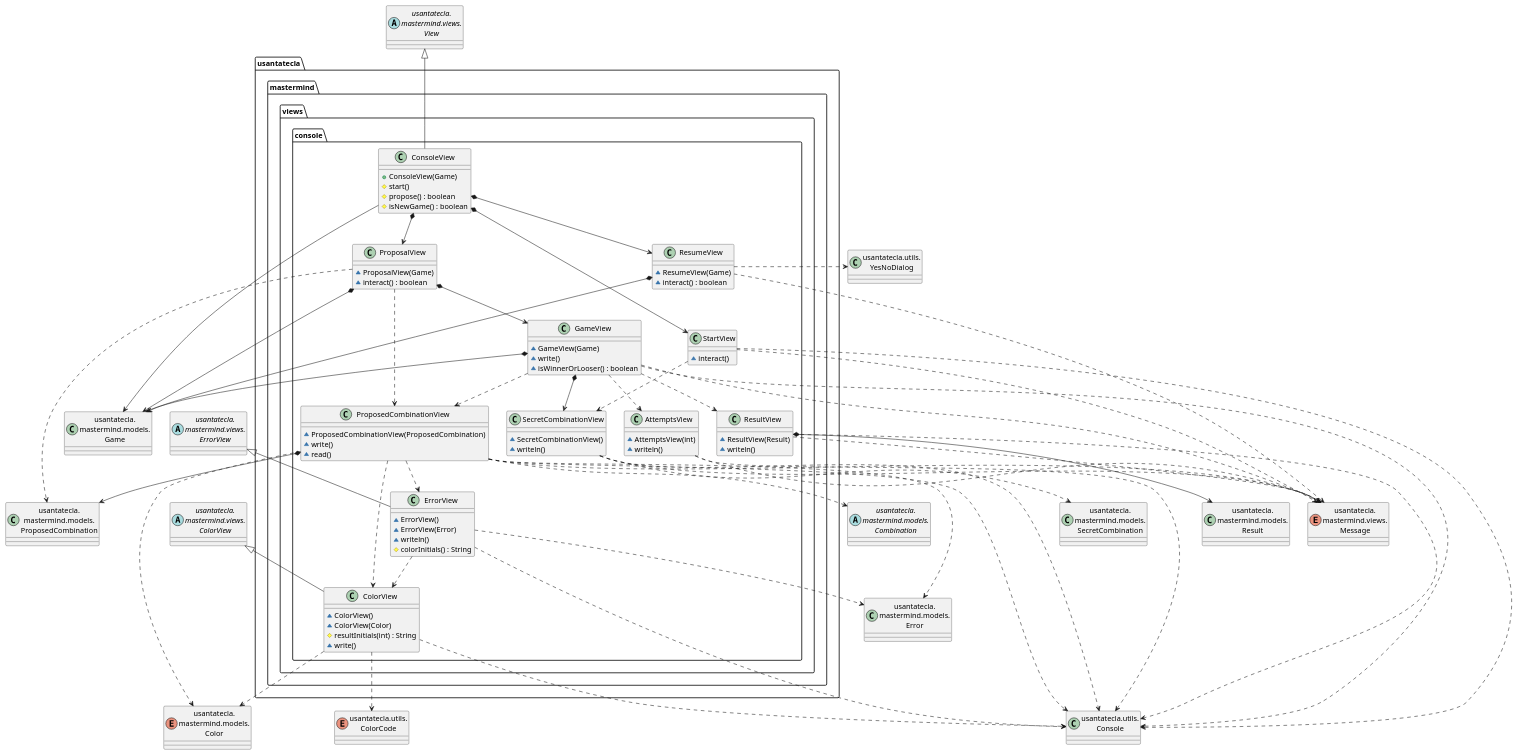
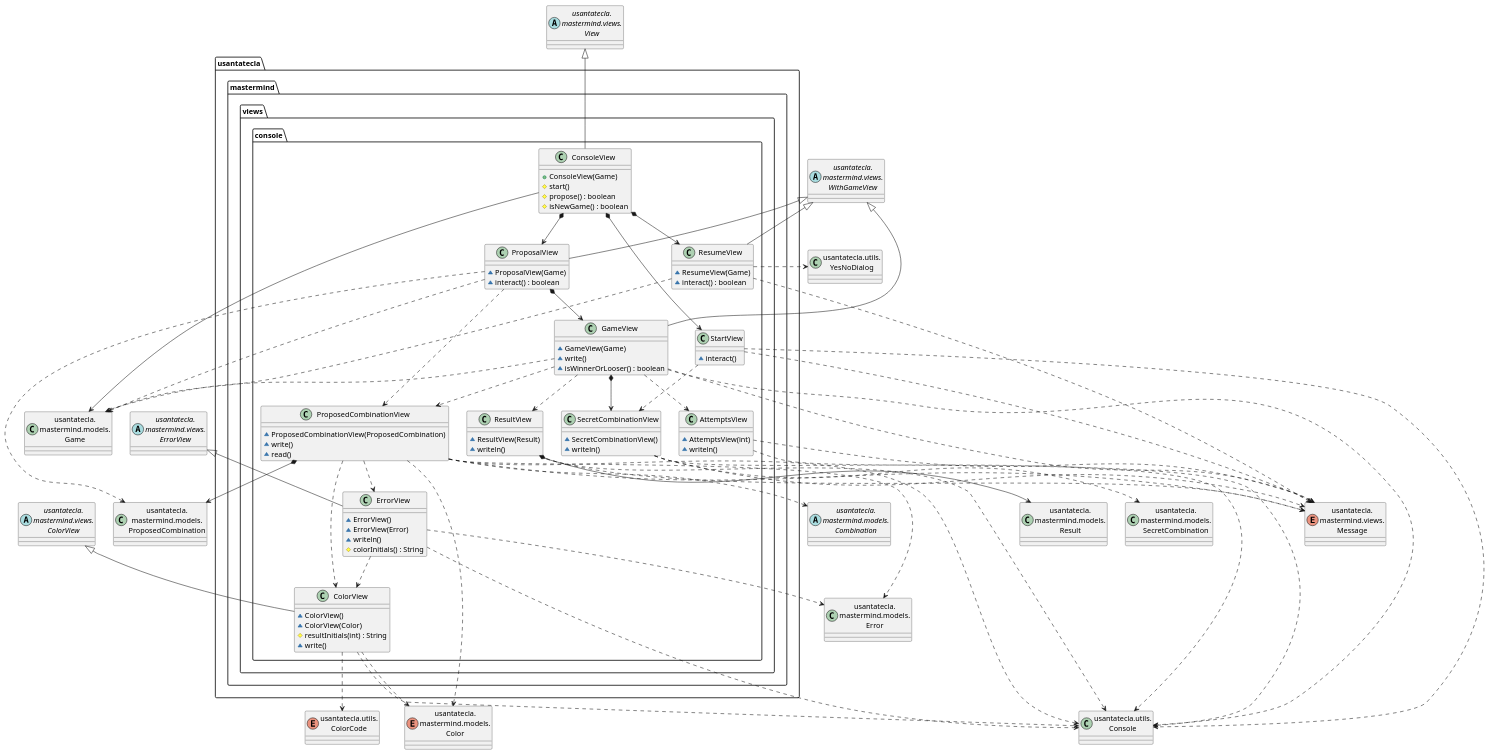
One commit to SantaTecla-mastermind/solution.java.swing.socket.sql changed the third of 6 diagrams in documentView/withoutFactoryMethod/docs/diagrams/src/paquetes.plantuml. Above: the diagram before and after it, drawn with PlantUML. The commit also changed other lines of this file and 60 other files, not shown here.

Commit message:
[dv.withoutFactory] Added WithGameView + review all code, refactor

```diff
--- a/documentView/withoutFactoryMethod/docs/diagrams/src/paquetes.plantuml
+++ b/documentView/withoutFactoryMethod/docs/diagrams/src/paquetes.plantuml
@@ -71,127 +77,130 @@
 @startuml usantatecla.mastermind.views.console
 class Game as "usantatecla.\nmastermind.models.\nGame"
 class Error as "usantatecla.\nmastermind.models.\nError"
 class Result as "usantatecla.\nmastermind.models.\nResult"
 enum Color as "usantatecla.\nmastermind.models.\nColor"
 abstract class Combination as "usantatecla.\nmastermind.models.\nCombination"
 class ProposedCombination as "usantatecla.\nmastermind.models.\nProposedCombination"
 class SecretCombination as "usantatecla.\nmastermind.models.\nSecretCombination"
+abstract class WithGameView as "usantatecla.\nmastermind.views.\nWithGameView"
 abstract class View as "usantatecla.\nmastermind.views.\nView"
 abstract class ColorView as "usantatecla.\nmastermind.views.\nColorView"
 abstract class ErrorView as "usantatecla.\nmastermind.views.\nErrorView"
 enum Message as "usantatecla.\nmastermind.views.\nMessage"
 class Console as "usantatecla.utils.\nConsole"
 class YesNoDialog as "usantatecla.utils.\nYesNoDialog"
 enum ColorCode as "usantatecla.utils.\nColorCode"
 
 class usantatecla.mastermind.views.console.ConsoleView {
     + ConsoleView(Game)
     # start()
     # propose() : boolean
     # isNewGame() : boolean
 }
 usantatecla.mastermind.views.console.ConsoleView -up-|> View
 usantatecla.mastermind.views.console.ConsoleView *-down-> usantatecla.mastermind.views.console.StartView
 usantatecla.mastermind.views.console.ConsoleView *-down-> usantatecla.mastermind.views.console.ProposalView
 usantatecla.mastermind.views.console.ConsoleView *-down-> usantatecla.mastermind.views.console.ResumeView
 usantatecla.mastermind.views.console.ConsoleView --> Game
 
 class usantatecla.mastermind.views.console.ResumeView {
     ~ ResumeView(Game)
     ~ interact() : boolean
 }
-usantatecla.mastermind.views.console.ResumeView *-down-> Game
+usantatecla.mastermind.views.console.ResumeView -up-|> WithGameView
+usantatecla.mastermind.views.console.ResumeView .down.> Game
 usantatecla.mastermind.views.console.ResumeView ..> Message
 usantatecla.mastermind.views.console.ResumeView .> YesNoDialog
 
 class usantatecla.mastermind.views.console.StartView {
     ~ interact()
 }
 usantatecla.mastermind.views.console.StartView ..> Console
 usantatecla.mastermind.views.console.StartView ..> Message
 usantatecla.mastermind.views.console.StartView ..> usantatecla.mastermind.views.console.SecretCombinationView
 
 class usantatecla.mastermind.views.console.GameView {
     ~ GameView(Game)
     ~ write()
     ~ isWinnerOrLooser() : boolean
 }
-usantatecla.mastermind.views.console.GameView *-down-> Game
+usantatecla.mastermind.views.console.GameView -up-|> WithGameView
+usantatecla.mastermind.views.console.GameView .down.> Game
 usantatecla.mastermind.views.console.GameView *-down-> usantatecla.mastermind.views.console.SecretCombinationView
 usantatecla.mastermind.views.console.GameView ..> usantatecla.mastermind.views.console.AttemptsView
 usantatecla.mastermind.views.console.GameView ..> usantatecla.mastermind.views.console.ResultView
 usantatecla.mastermind.views.console.GameView ..> usantatecla.mastermind.views.console.ProposedCombinationView
 usantatecla.mastermind.views.console.GameView ..> Message
 usantatecla.mastermind.views.console.GameView ..> Console
 
 class usantatecla.mastermind.views.console.ProposalView {
     ~ ProposalView(Game)
     ~ interact() : boolean
-
 }
-usantatecla.mastermind.views.console.ProposalView *-down-> Game
+usantatecla.mastermind.views.console.ProposalView -up-|> WithGameView
+usantatecla.mastermind.views.console.ProposalView .down.> Game
 usantatecla.mastermind.views.console.ProposalView *-down-> usantatecla.mastermind.views.console.GameView
 usantatecla.mastermind.views.console.ProposalView ..> ProposedCombination
 usantatecla.mastermind.views.console.ProposalView ..> usantatecla.mastermind.views.console.ProposedCombinationView
 
 
 class usantatecla.mastermind.views.console.ProposedCombinationView {
     ~ ProposedCombinationView(ProposedCombination)
     ~ write()
     ~ read()
 }
 usantatecla.mastermind.views.console.ProposedCombinationView *-down-> ProposedCombination
 usantatecla.mastermind.views.console.ProposedCombinationView ..> usantatecla.mastermind.views.console.ErrorView
 usantatecla.mastermind.views.console.ProposedCombinationView ..> usantatecla.mastermind.views.console.ColorView
 usantatecla.mastermind.views.console.ProposedCombinationView ..> Color
 usantatecla.mastermind.views.console.ProposedCombinationView ..> Error
 usantatecla.mastermind.views.console.ProposedCombinationView ..> Combination
 usantatecla.mastermind.views.console.ProposedCombinationView ..> Message
 usantatecla.mastermind.views.console.ProposedCombinationView ..> Console
 
 class usantatecla.mastermind.views.console.SecretCombinationView {
     ~ SecretCombinationView()
     ~ writeln()
 }
 usantatecla.mastermind.views.console.SecretCombinationView ..> SecretCombination
 usantatecla.mastermind.views.console.SecretCombinationView ..> Message
 usantatecla.mastermind.views.console.SecretCombinationView ..> Console
 
 class usantatecla.mastermind.views.console.ResultView {
     ~ ResultView(Result)
     ~ writeln()
 }
 usantatecla.mastermind.views.console.ResultView *-down-> Result
 usantatecla.mastermind.views.console.ResultView ..> Message
 usantatecla.mastermind.views.console.ResultView ..> Console
 
 class usantatecla.mastermind.views.console.AttemptsView {
     ~ AttemptsView(int)
     ~ writeln()
 }
 usantatecla.mastermind.views.console.AttemptsView ..> Console
 usantatecla.mastermind.views.console.AttemptsView ..> Message
 
 class usantatecla.mastermind.views.console.ColorView {
     ~ ColorView()
     ~ ColorView(Color)
     # resultInitials(int) : String
     ~ write()
 }
 usantatecla.mastermind.views.console.ColorView -up-|> ColorView
 usantatecla.mastermind.views.console.ColorView ..> ColorCode
 usantatecla.mastermind.views.console.ColorView ..> Console
 usantatecla.mastermind.views.console.ColorView ..> Color
 
 class usantatecla.mastermind.views.console.ErrorView {
     ~ ErrorView()
     ~ ErrorView(Error)
     ~ writeln()
     # colorInitials() : String
 }
 usantatecla.mastermind.views.console.ErrorView -up-|> ErrorView
 usantatecla.mastermind.views.console.ErrorView ..> Error
 usantatecla.mastermind.views.console.ErrorView ..> Console
 usantatecla.mastermind.views.console.ErrorView ..> usantatecla.mastermind.views.console.ColorView
 
 @enduml
```
